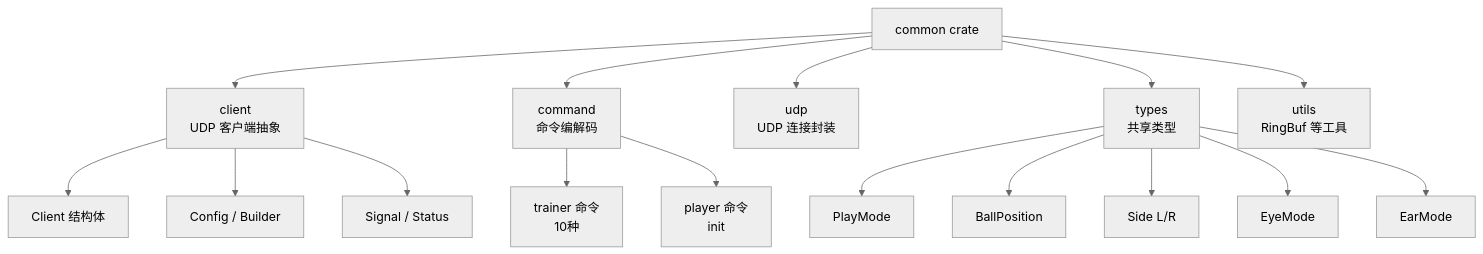
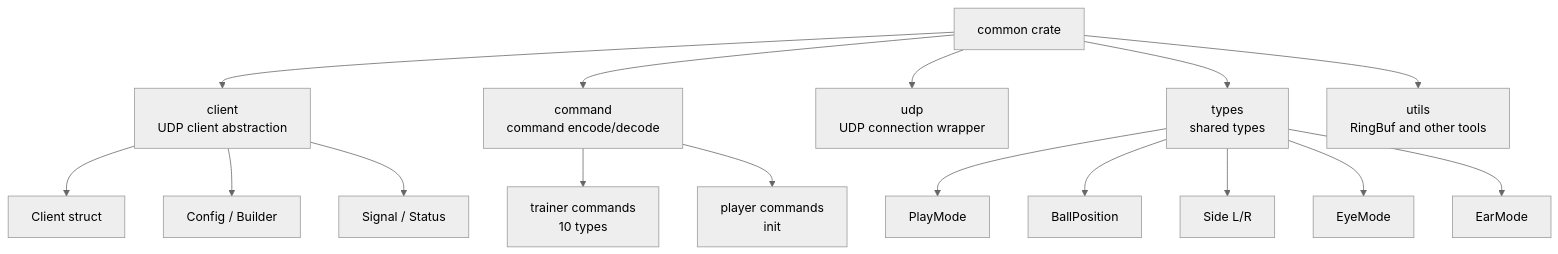
Before and after one commit to NN-4H0U/cluster: diagram 13 of 20 in docs/REPORT.md, drawn with Mermaid (neutral theme). The commit also changed other lines of this file, not shown here.

Commit message:
fix: fix AppState lifecycle mermaid parse error and translate all diagrams to English

````diff
--- a/docs/REPORT.md
+++ b/docs/REPORT.md
@@ -337,22 +337,22 @@
 ```mermaid
 graph TD
     C[common crate]
-    C --> CL[client\nUDP 客户端抽象]
-    C --> CMD[command\n命令编解码]
-    C --> UDP[udp\nUDP 连接封装]
-    C --> TP[types\n共享类型]
-    C --> UT[utils\nRingBuf 等工具]
+    C --> CL[client\nUDP client abstraction]
+    C --> CMD[command\ncommand encode/decode]
+    C --> UDP[udp\nUDP connection wrapper]
+    C --> TP[types\nshared types]
+    C --> UT[utils\nRingBuf and other tools]
 
-    CL --> CC[Client 结构体]
+    CL --> CC[Client struct]
     CL --> CF[Config / Builder]
     CL --> CS[Signal / Status]
 
-    CMD --> TR[trainer 命令\n10种]
-    CMD --> PL[player 命令\ninit]
+    CMD --> TR[trainer commands\n10 types]
+    CMD --> PL[player commands\ninit]
 
     TP --> PM[PlayMode]
     TP --> BP[BallPosition]
     TP --> SD[Side L/R]
     TP --> EM[EyeMode]
     TP --> EA[EarMode]
 ```
````
